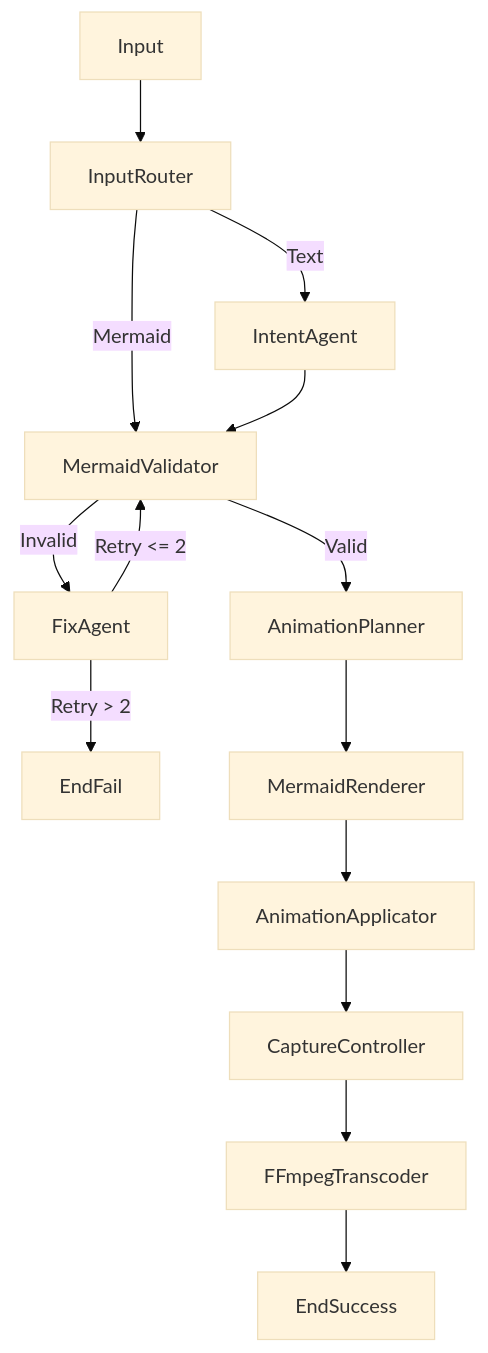
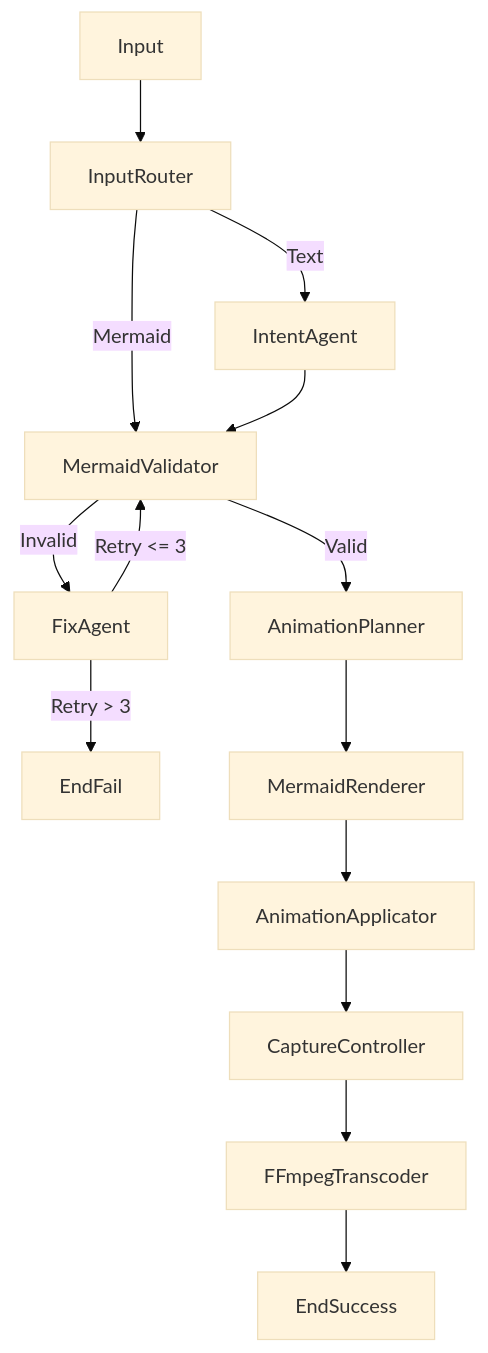
The diagram in REQUIREMENTS.md (rsrini7/mermaid2gif), drawn with Mermaid (base theme) before and after one commit. The commit also changed other lines of this file and 1 other file, not shown here.

Commit message:
feat: add a new Mermaid sample diagram and increase the Mermaid Fix Agent's retry limit to 3.

````diff
--- a/REQUIREMENTS.md
+++ b/REQUIREMENTS.md
@@ -97,17 +97,17 @@
 ```mermaid
 graph TD
     Input --> InputRouter
     InputRouter -->|Text| IntentAgent
     InputRouter -->|Mermaid| MermaidValidator
     IntentAgent --> MermaidValidator
     MermaidValidator -->|Invalid| FixAgent
-    FixAgent -->|Retry <= 2| MermaidValidator
-    FixAgent -->|Retry > 2| EndFail
+    FixAgent -->|Retry <= 3| MermaidValidator
+    FixAgent -->|Retry > 3| EndFail
     MermaidValidator -->|Valid| AnimationPlanner
     AnimationPlanner --> MermaidRenderer
     MermaidRenderer --> AnimationApplicator
     AnimationApplicator --> CaptureController
     CaptureController --> FFmpegTranscoder
     FFmpegTranscoder --> EndSuccess
 
 ```
````
